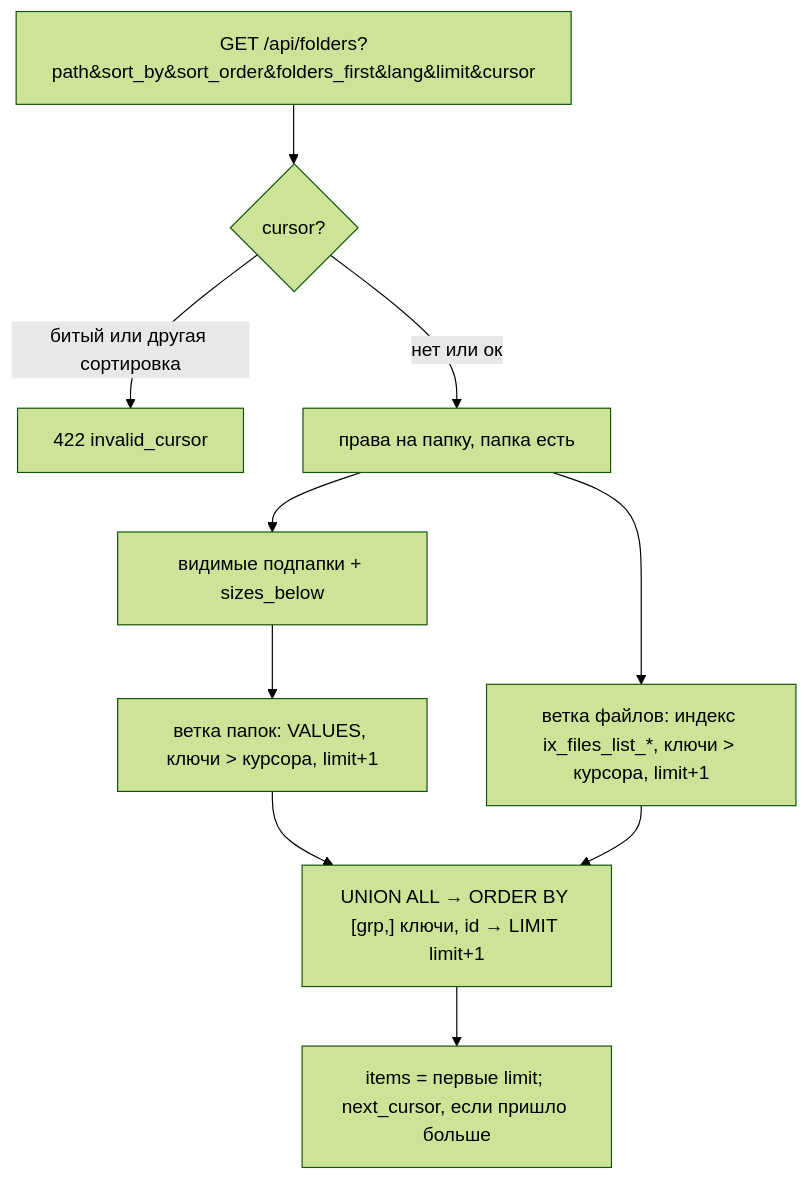
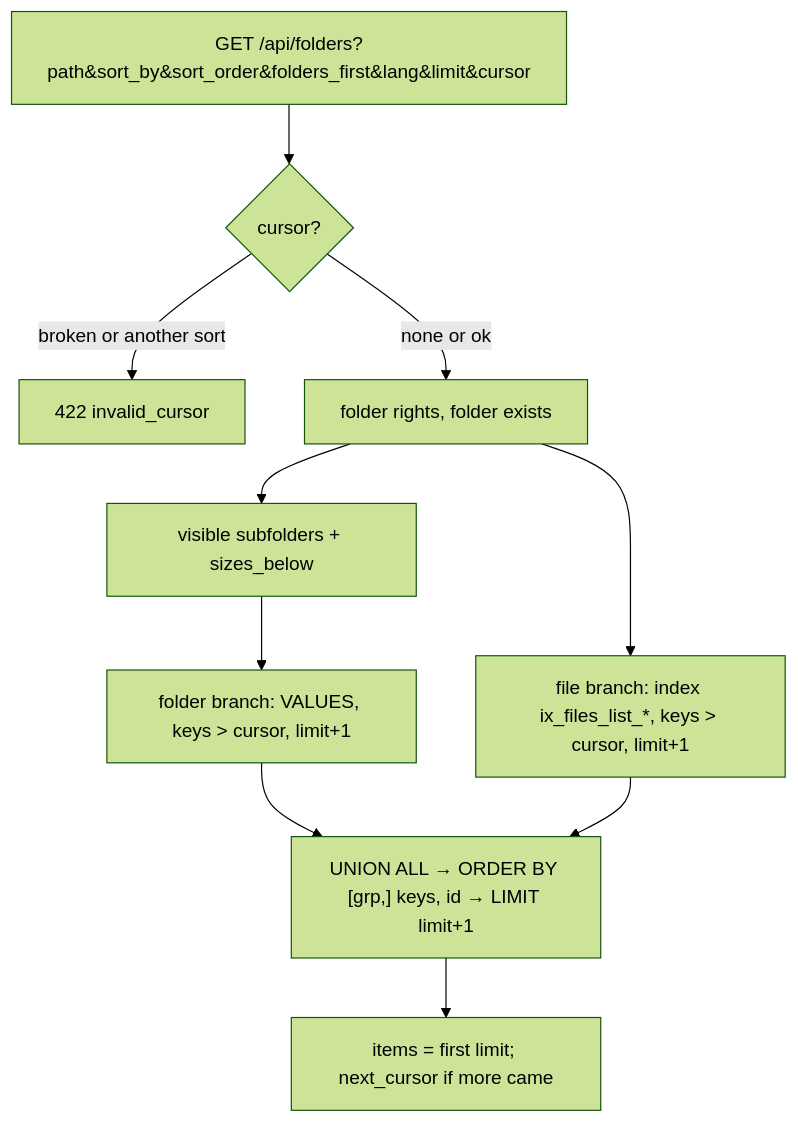
Before and after one commit to NikitkaZXC/tcloud-backend: the first of 3 diagrams in docs/flows/folders-and-files.md, drawn with Mermaid (forest theme). The commit also changed other lines of this file and 20 other files, not shown here.

````diff
--- a/docs/flows/folders-and-files.md
+++ b/docs/flows/folders-and-files.md
@@ -81,11 +81,11 @@
 ```mermaid
 flowchart TD
     req["GET /api/folders?path&sort_by&sort_order&folders_first&lang&limit&cursor"] --> cur{"cursor?"}
-    cur -->|битый или другая сортировка| bad["422 invalid_cursor"]
-    cur -->|нет или ок| acc["права на папку, папка есть"]
-    acc --> sub["видимые подпапки + sizes_below"]
-    sub --> fb["ветка папок: VALUES, ключи > курсора, limit+1"]
-    acc --> ff["ветка файлов: индекс ix_files_list_*, ключи > курсора, limit+1"]
-    fb & ff --> u["UNION ALL → ORDER BY [grp,] ключи, id → LIMIT limit+1"]
-    u --> page["items = первые limit; next_cursor, если пришло больше"]
+    cur -->|broken or another sort| bad["422 invalid_cursor"]
+    cur -->|none or ok| acc["folder rights, folder exists"]
+    acc --> sub["visible subfolders + sizes_below"]
+    sub --> fb["folder branch: VALUES, keys > cursor, limit+1"]
+    acc --> ff["file branch: index ix_files_list_*, keys > cursor, limit+1"]
+    fb & ff --> u["UNION ALL → ORDER BY [grp,] keys, id → LIMIT limit+1"]
+    u --> page["items = first limit; next_cursor if more came"]
 ```
````
